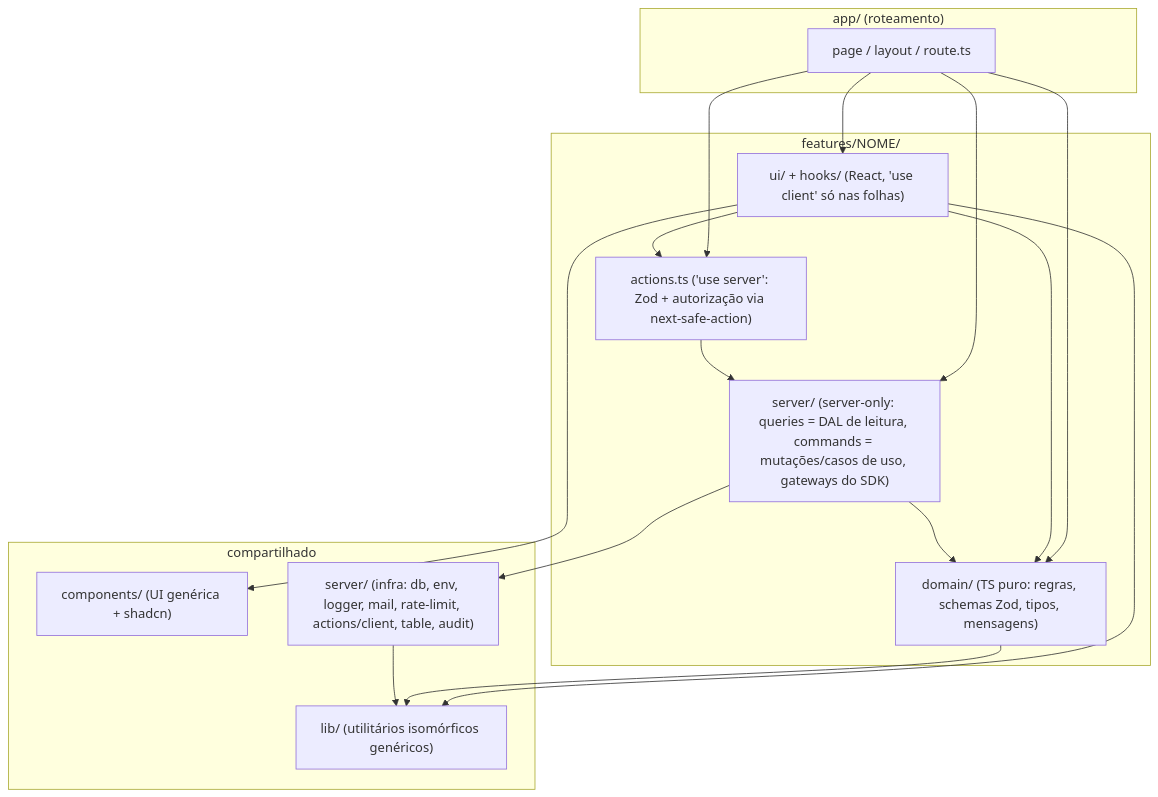
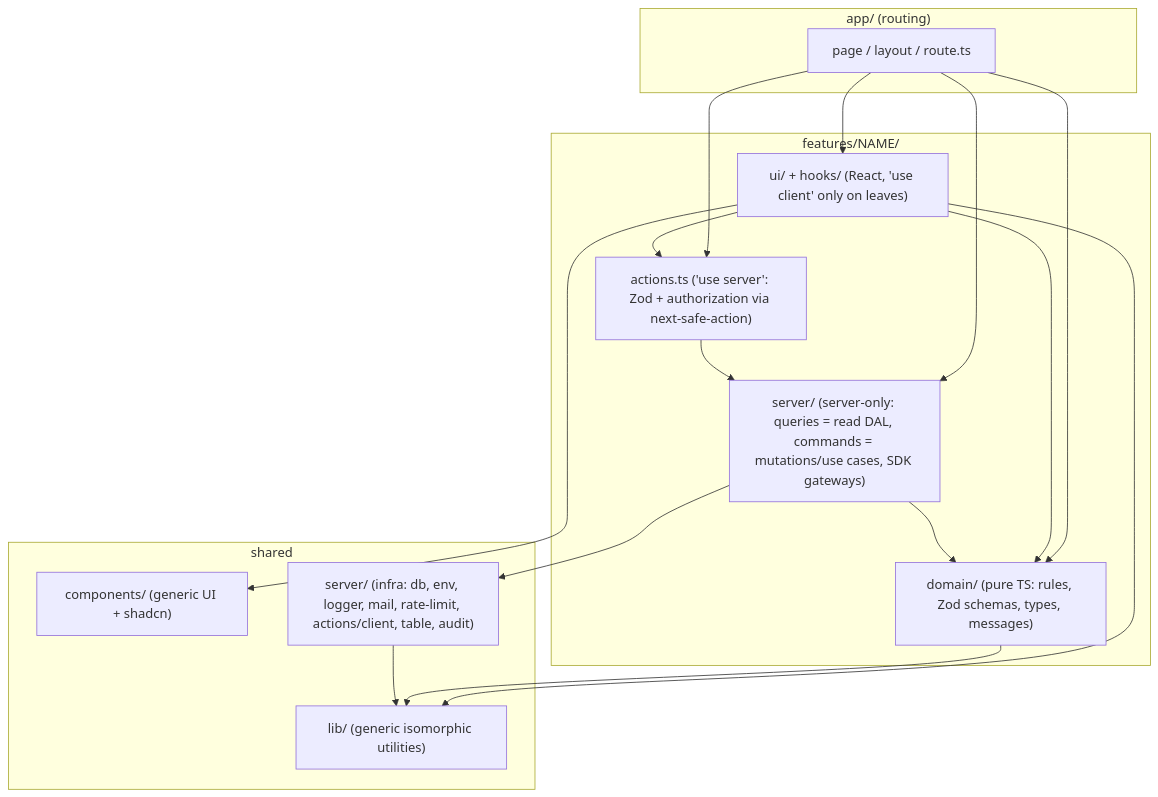
Before and after one commit to HanielCota/NelcotaScreenShare: the diagram in docs/archive/refactor/03-target-architecture.md, drawn with Mermaid. The commit also changed other lines of this file and 18 other files, not shown here.

````diff
--- a/docs/archive/refactor/03-target-architecture.md
+++ b/docs/archive/refactor/03-target-architecture.md
@@ -22,25 +22,25 @@
 ```mermaid
 graph TD
-  subgraph "app/ (roteamento)"
+  subgraph "app/ (routing)"
     R[page / layout / route.ts]
   end
-  subgraph "features/NOME/"
-    UI["ui/ + hooks/ (React, 'use client' só nas folhas)"]
-    ACT["actions.ts ('use server': Zod + autorização via next-safe-action)"]
-    SRV["server/ (server-only: queries = DAL de leitura, commands = mutações/casos de uso, gateways do SDK)"]
-    DOM["domain/ (TS puro: regras, schemas Zod, tipos, mensagens)"]
+  subgraph "features/NAME/"
+    UI["ui/ + hooks/ (React, 'use client' only on leaves)"]
+    ACT["actions.ts ('use server': Zod + authorization via next-safe-action)"]
+    SRV["server/ (server-only: queries = read DAL, commands = mutations/use cases, SDK gateways)"]
+    DOM["domain/ (pure TS: rules, Zod schemas, types, messages)"]
   end
-  subgraph "compartilhado"
-    C["components/ (UI genérica + shadcn)"]
-    L["lib/ (utilitários isomórficos genéricos)"]
+  subgraph "shared"
+    C["components/ (generic UI + shadcn)"]
+    L["lib/ (generic isomorphic utilities)"]
     S["server/ (infra: db, env, logger, mail, rate-limit, actions/client, table, audit)"]
   end
   R --> UI & ACT & SRV & DOM
   UI --> ACT
   UI --> DOM
   ACT --> SRV --> DOM
   SRV --> S
   UI --> C & L
   DOM --> L
   S --> L
 ```
````
